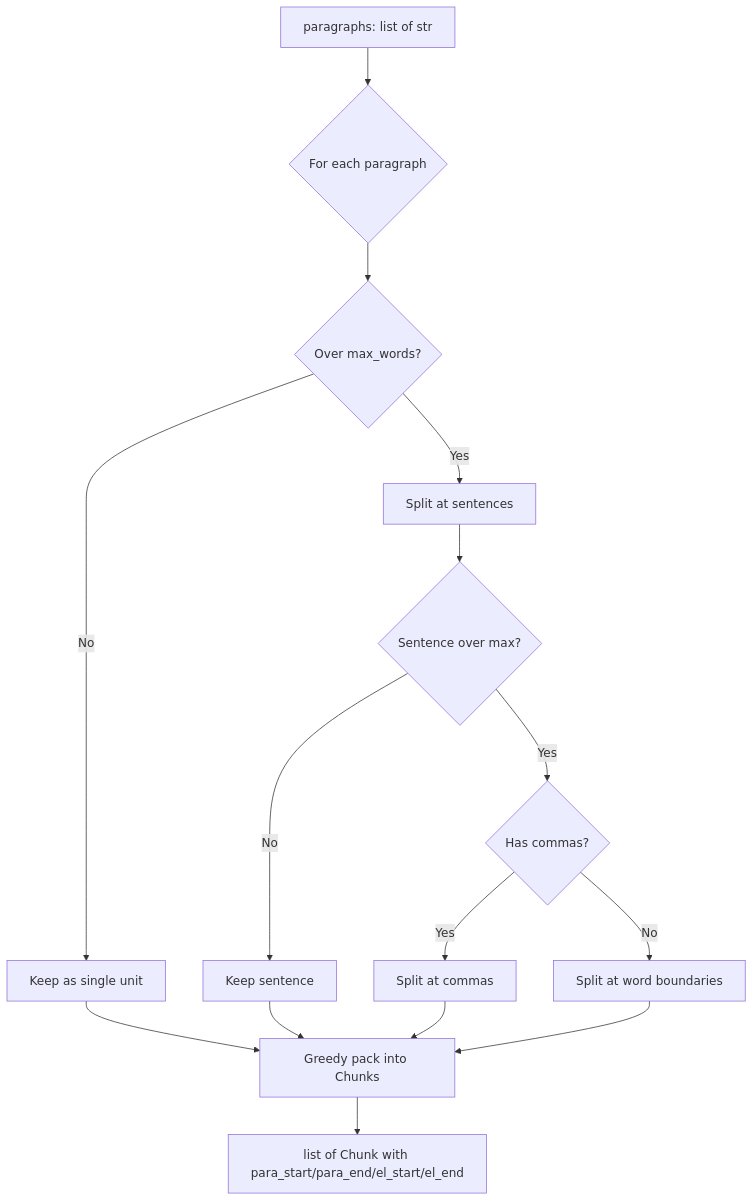
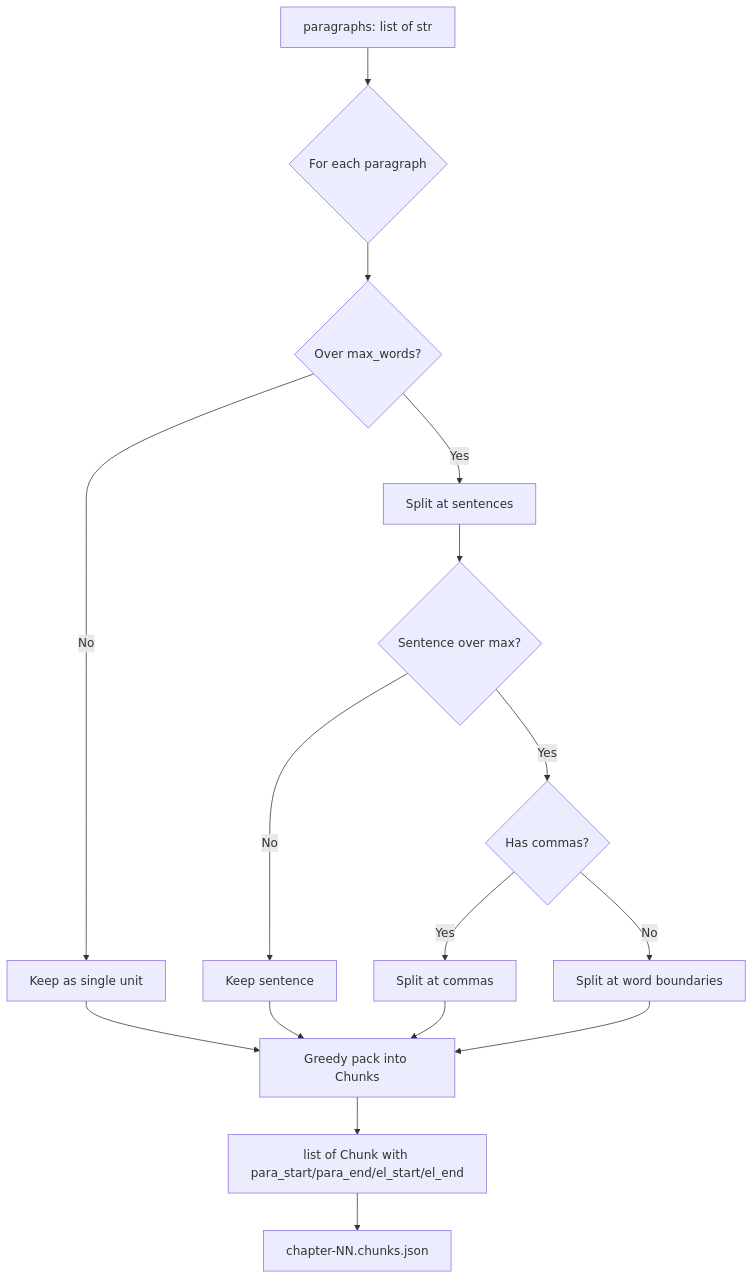
One commit to jkoeh/openshelf changed the diagram in pipeline/docs/step2-text-chunker.md. Above: the diagram before and after it, drawn with Mermaid. The commit also changed other lines of this file and 11 other files, not shown here.

````diff
--- a/pipeline/docs/step2-text-chunker.md
+++ b/pipeline/docs/step2-text-chunker.md
@@ -10,17 +15,18 @@
 ```mermaid
 graph TD
     A[paragraphs: list of str] --> B{For each paragraph}
     B --> C{Over max_words?}
     C -->|No| D[Keep as single unit]
     C -->|Yes| E[Split at sentences]
     E --> F{Sentence over max?}
     F -->|No| G[Keep sentence]
     F -->|Yes| H{Has commas?}
     H -->|Yes| I[Split at commas]
     H -->|No| J[Split at word boundaries]
     D --> K[Greedy pack into Chunks]
     G --> K
     I --> K
     J --> K
     K --> L[list of Chunk with para_start/para_end/el_start/el_end]
+    L --> M[chapter-NN.chunks.json]
 ```
````
